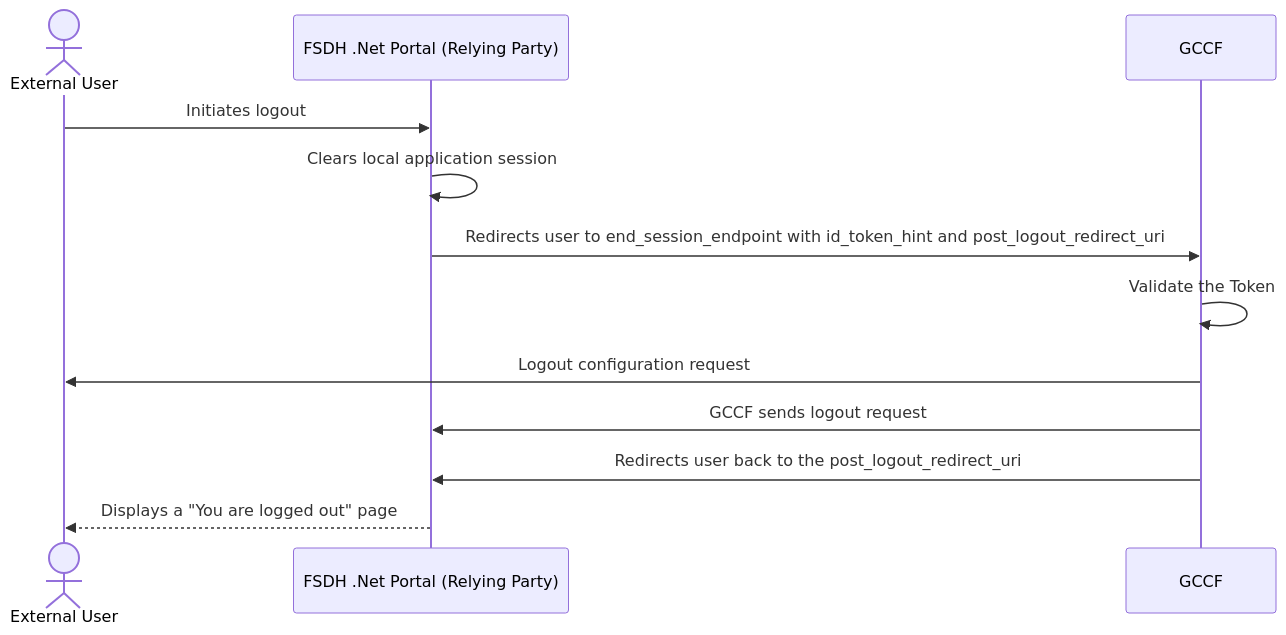
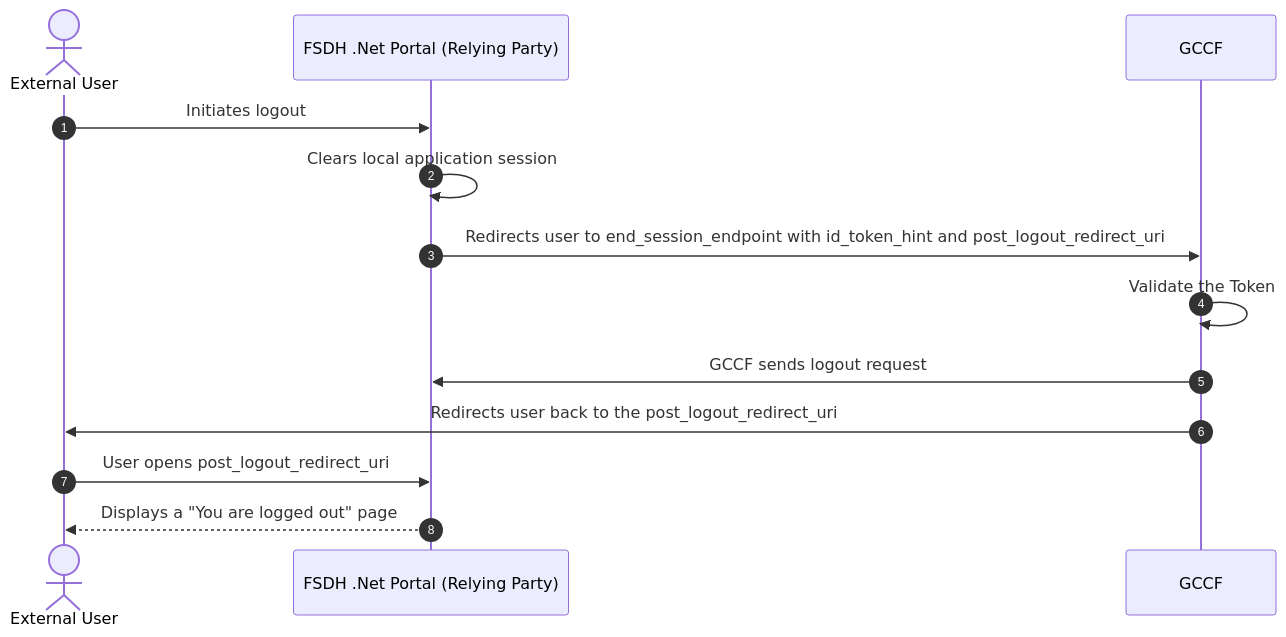
One commit to ssc-sp/datahub-docs changed the third of 6 diagrams in DeveloperGuide/GCCF/oidc_flow.md. Above: the diagram before and after it, drawn with Mermaid. The commit also changed other lines of this file, not shown here.

````diff
--- a/DeveloperGuide/GCCF/oidc_flow.md
+++ b/DeveloperGuide/GCCF/oidc_flow.md
@@ -64,14 +66,15 @@
 ```mermaid
 sequenceDiagram
     actor User as External User
     participant FSDH as FSDH .Net Portal (Relying Party)
 
+    autonumber
     User->>FSDH: Initiates logout
     FSDH->>FSDH: Clears local application session
     FSDH->>GCCF: Redirects user to end_session_endpoint with id_token_hint and post_logout_redirect_uri
     GCCF->>GCCF: Validate the Token
-    GCCF->>User: Logout configuration request
     GCCF->>FSDH: GCCF sends logout request
-    GCCF->>FSDH: Redirects user back to the post_logout_redirect_uri
+    GCCF->>User: Redirects user back to the post_logout_redirect_uri
+    User->>FSDH: User opens post_logout_redirect_uri
     FSDH-->>User: Displays a "You are logged out" page    
 ```
````
